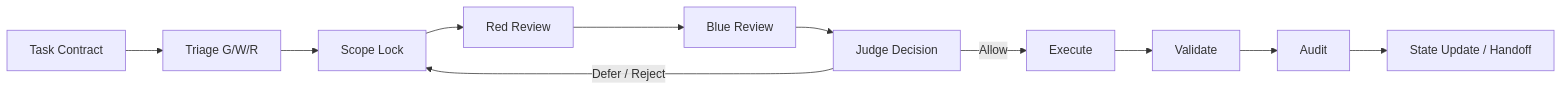
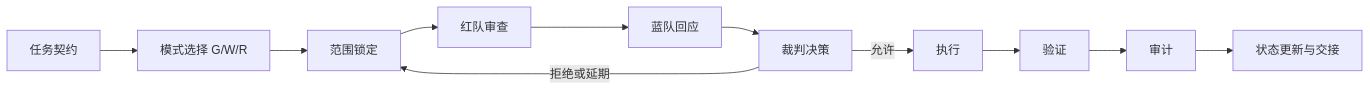
Before and after one commit to pigeon-flower/multi-thread-generative-governance-skill: the first of 3 diagrams in README.md, drawn with Mermaid. The commit also changed other lines of this file and 33 other files, not shown here.

````diff
--- a/README.md
+++ b/README.md
@@ -30,13 +25,13 @@
 ```mermaid
 flowchart LR
-    A["Task Contract"] --> B["Triage G/W/R"]
-    B --> C["Scope Lock"]
-    C --> D["Red Review"]
-    D --> E["Blue Review"]
-    E --> F["Judge Decision"]
-    F -->|Allow| G["Execute"]
-    F -->|Defer / Reject| C
-    G --> H["Validate"]
-    H --> I["Audit"]
-    I --> J["State Update / Handoff"]
+    A["任务契约"] --> B["模式选择 G/W/R"]
+    B --> C["范围锁定"]
+    C --> D["红队审查"]
+    D --> E["蓝队回应"]
+    E --> F["裁判决策"]
+    F -->|允许| G["执行"]
+    F -->|拒绝或延期| C
+    G --> H["验证"]
+    H --> I["审计"]
+    I --> J["状态更新与交接"]
 ```
````
